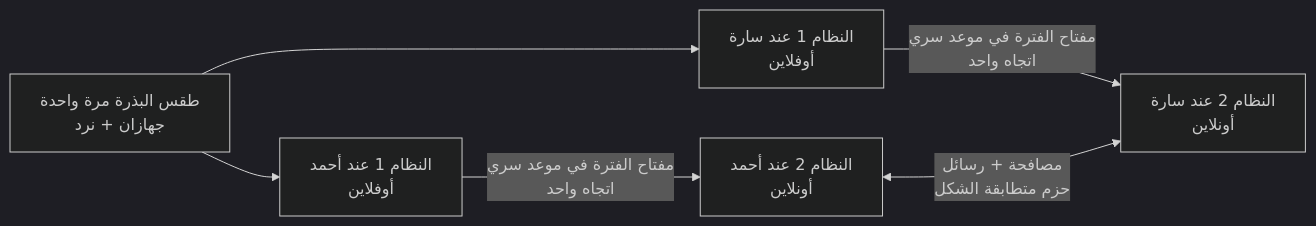
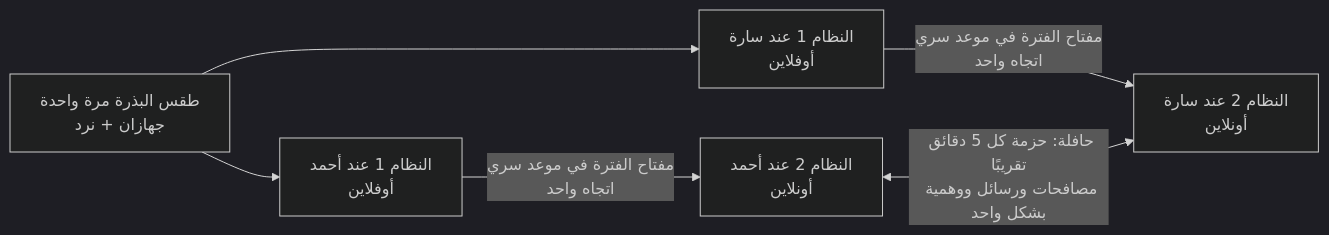
Before and after one commit to abdou07mm-spec/Abderrezak-gridi-: the diagram in synced-key-rotation/README.md, drawn with Mermaid (dark theme). The commit also changed other lines of this file and 6 other files, not shown here.

````diff
--- a/synced-key-rotation/README.md
+++ b/synced-key-rotation/README.md
@@ -134,9 +170,9 @@
 ```mermaid
 flowchart LR
     M[طقس البذرة مرة واحدة<br/>جهازان + نرد]
     M --> V1[النظام 1 عند أحمد<br/>أوفلاين]
     M --> V2[النظام 1 عند سارة<br/>أوفلاين]
     V1 -->|"مفتاح الفترة في موعد سري<br/>اتجاه واحد"| N1[النظام 2 عند أحمد<br/>أونلاين]
     V2 -->|"مفتاح الفترة في موعد سري<br/>اتجاه واحد"| N2[النظام 2 عند سارة<br/>أونلاين]
-    N1 <-->|"مصافحة + رسائل<br/>حزم متطابقة الشكل"| N2
+    N1 <-->|"حافلة: حزمة كل 5 دقائق تقريبًا<br/>مصافحات ورسائل ووهمية بشكل واحد"| N2
 ```
````
